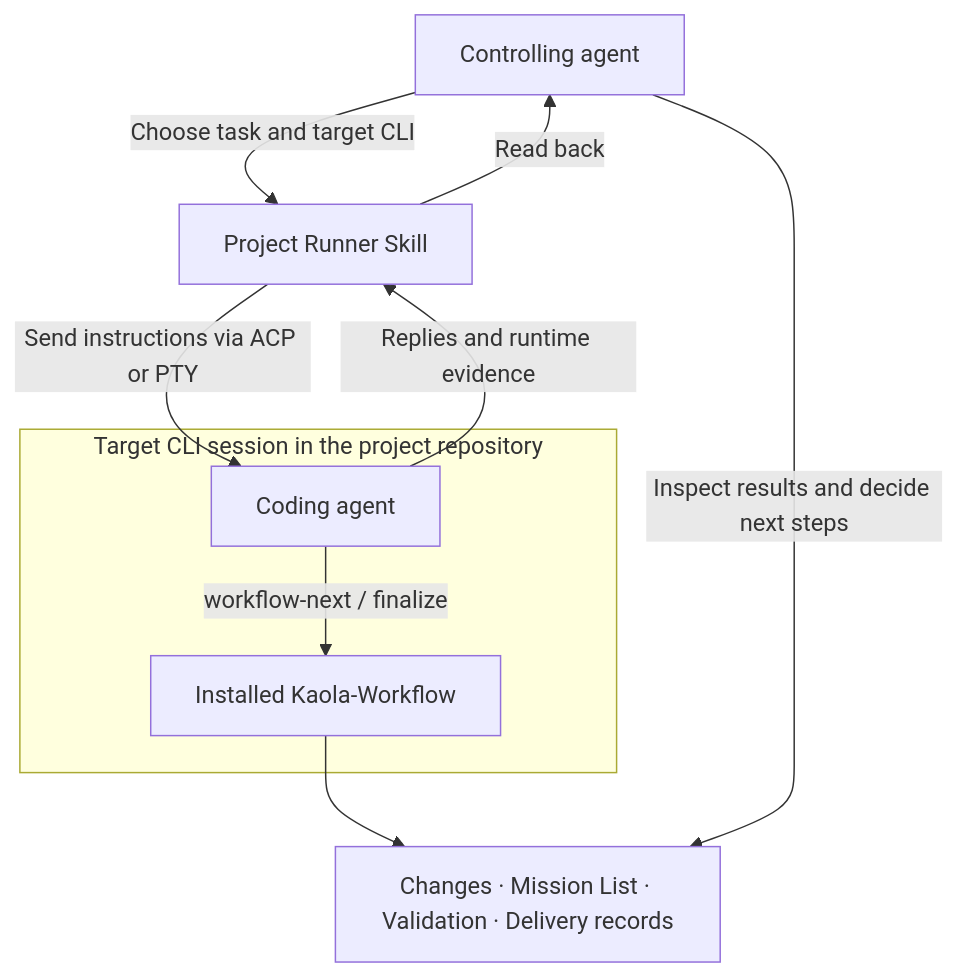
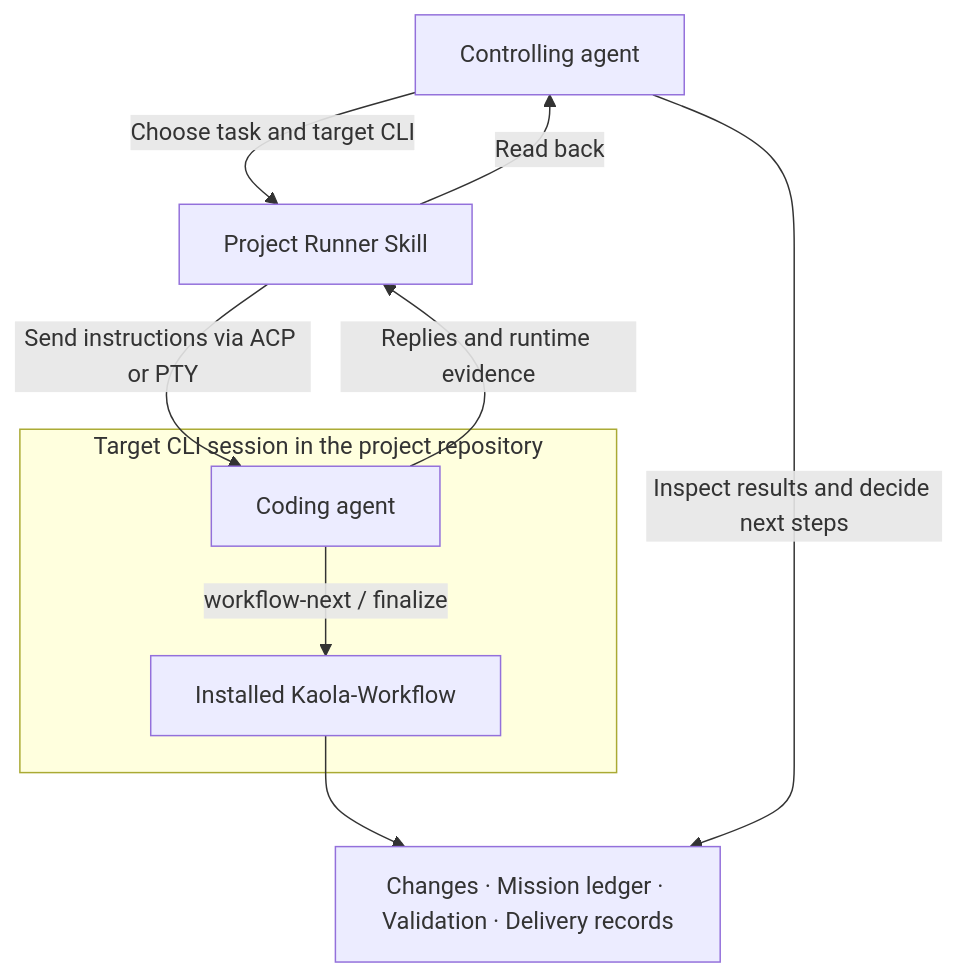
Before and after one commit to KaolaBrother/Kaola-Workflow: the second of 3 diagrams in README.md, drawn with Mermaid. The commit also changed other lines of this file and 23 other files, not shown here.

First line of the commit message:
docs(ledger): ADR 0027 the mission ledger; docs, README, CHANGELOG, AGENTS.md (#1089)

````diff
--- a/README.md
+++ b/README.md
@@ -49,16 +49,16 @@
 ```mermaid
 flowchart TB
     A["Controlling agent"]
     R["Project Runner Skill"]
     subgraph T["Target CLI session in the project repository"]
         B["Coding agent"]
         K["Installed Kaola-Workflow"]
         B -->|"workflow-next / finalize"| K
     end
     A -->|"Choose task and target CLI"| R
     R -->|"Send instructions via ACP or PTY"| B
     B -->|"Replies and runtime evidence"| R
     R -->|"Read back"| A
-    K --> E["Changes · Mission List · Validation · Delivery records"]
+    K --> E["Changes · Mission ledger · Validation · Delivery records"]
     A -->|"Inspect results and decide next steps"| E
 ```
````
